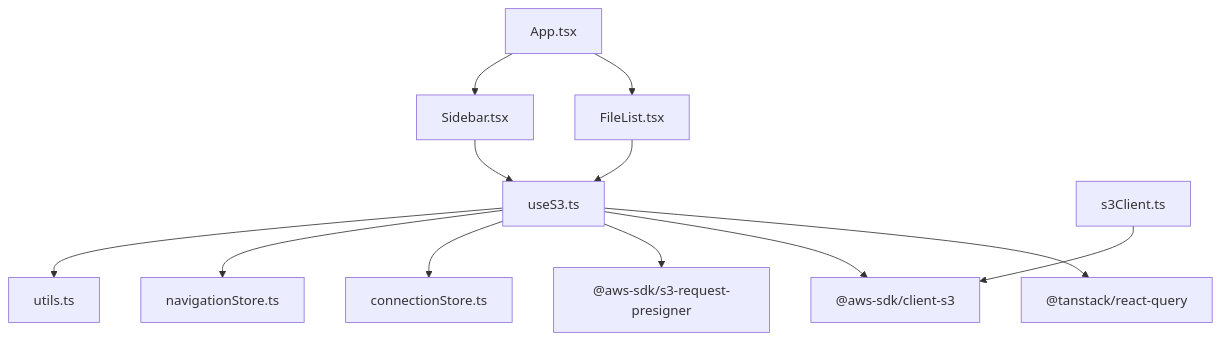
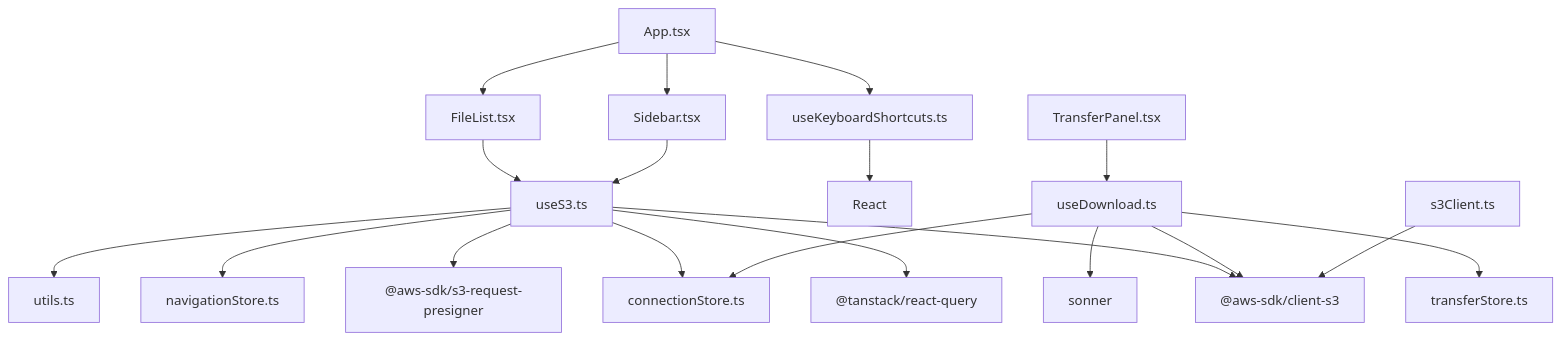
The eighth of 8 diagrams in .qoder/repowiki/en/content/Technical Implementation/React Hooks Architecture.md (nasrulhadi/s3-explorer), drawn with Mermaid before and after one commit. The commit also changed other lines of this file and 44 other files, not shown here.

First line of the commit message:
feat(ui): introduce comprehensive UI component system with TransferPanel and AddConnectionModal

````diff
--- a/.qoder/repowiki/en/content/Technical Implementation/React Hooks Architecture.md
+++ b/.qoder/repowiki/en/content/Technical Implementation/React Hooks Architecture.md
@@ -371,14 +478,21 @@
 ```mermaid
 graph TB
 USE_S3["useS3.ts"] --> REACT_QUERY["@tanstack/react-query"]
 USE_S3 --> AWS_SDK["@aws-sdk/client-s3"]
 USE_S3 --> PRESIGNER["@aws-sdk/s3-request-presigner"]
 USE_S3 --> ZUSTAND_CONN["connectionStore.ts"]
 USE_S3 --> ZUSTAND_NAV["navigationStore.ts"]
 USE_S3 --> UTILS["utils.ts"]
+USE_KEYBOARD["useKeyboardShortcuts.ts"] --> REACT["React"]
+USE_DOWNLOAD["useDownload.ts"] --> AWS_SDK
+USE_DOWNLOAD --> ZUSTAND_TRANSFER["transferStore.ts"]
+USE_DOWNLOAD --> SONNER["sonner"]
+USE_DOWNLOAD --> ZUSTAND_CONN
 S3_CLIENT["s3Client.ts"] --> AWS_SDK
 FILELIST["FileList.tsx"] --> USE_S3
 SIDEBAR["Sidebar.tsx"] --> USE_S3
-APP["App.tsx"] --> FILELIST
+APP["App.tsx"] --> USE_KEYBOARD
+APP --> FILELIST
 APP --> SIDEBAR
+TRANSFER_PANEL["TransferPanel.tsx"] --> USE_DOWNLOAD
 ```
````
